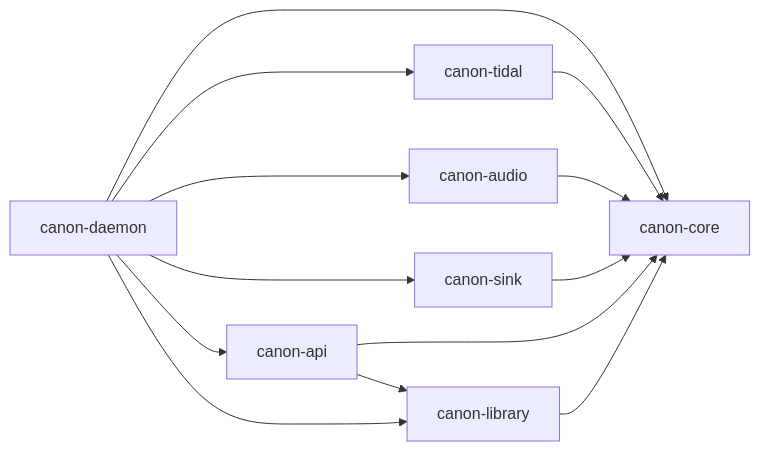
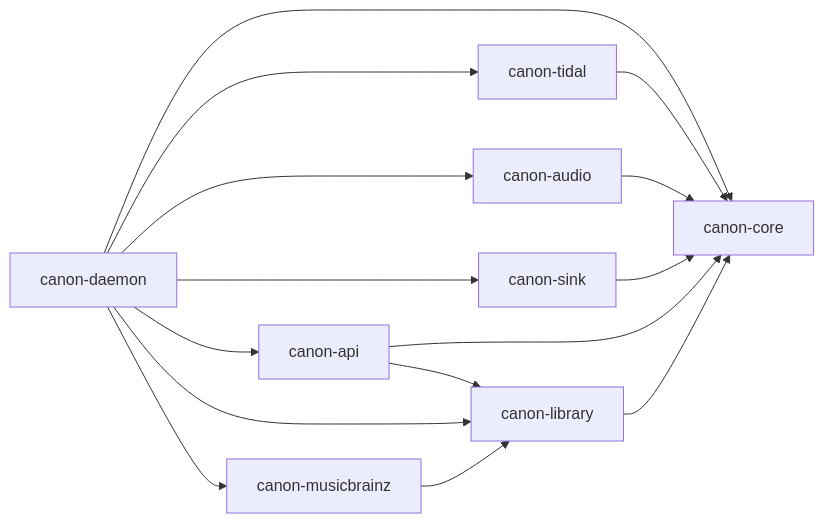
The second of 2 diagrams in docs/arch.md (joelgwebber/canon), drawn with Mermaid before and after one commit. The commit also changed other lines of this file and 15 other files, not shown here.

````diff
--- a/docs/arch.md
+++ b/docs/arch.md
@@ -106,15 +107,17 @@
 ```mermaid
 flowchart LR
     TIDAL[canon-tidal] --> CORE[canon-core]
     LIB[canon-library] --> CORE
     AUDIO[canon-audio] --> CORE
     SINK[canon-sink] --> CORE
     API[canon-api] --> CORE
     DAEMON[canon-daemon] --> CORE
     DAEMON --> TIDAL
     DAEMON --> AUDIO
     DAEMON --> SINK
     DAEMON --> API
     DAEMON --> LIB
     API --> LIB
+    MB[canon-musicbrainz] --> LIB
+    DAEMON --> MB
 ```
````
